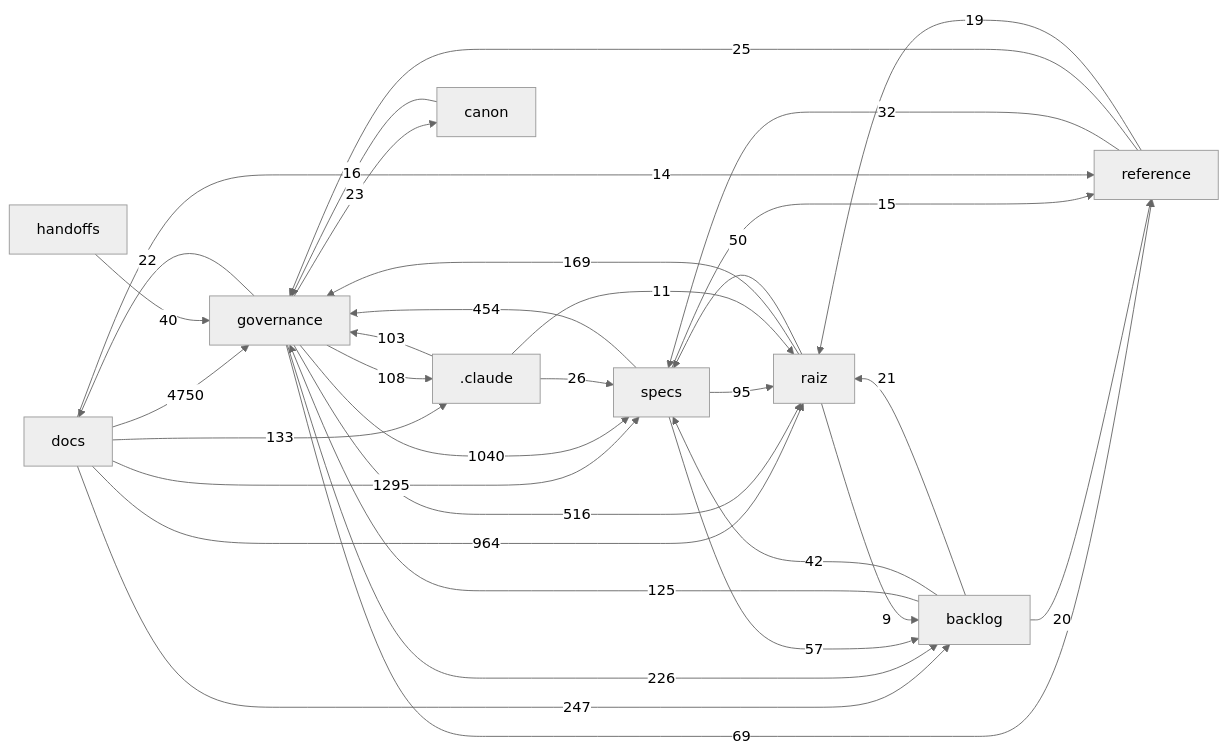
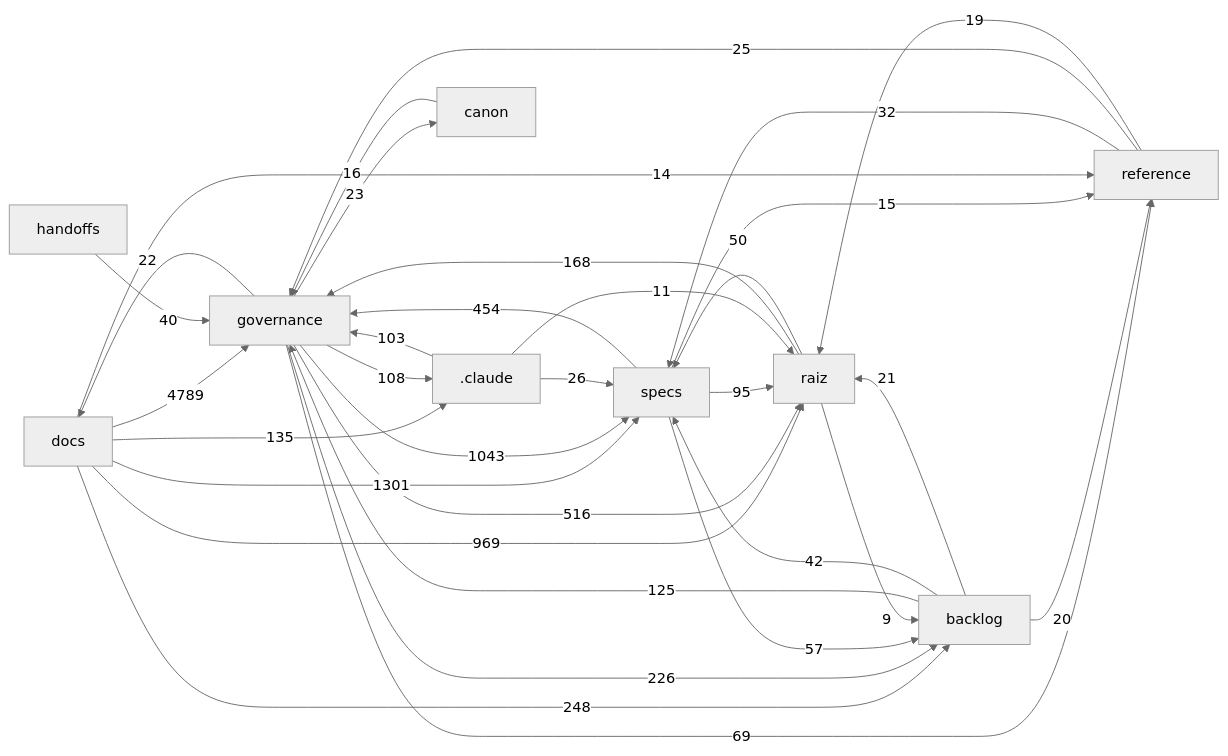
One commit to Andraus35/Sistema-Operacional-de-Trading--SOT changed the diagram in docs/mapa/MAPA-PROJETO.md. Above: the diagram before and after it, drawn with Mermaid (neutral theme). The commit also changed other lines of this file and 4 other files, not shown here.

````diff
--- a/docs/mapa/MAPA-PROJETO.md
+++ b/docs/mapa/MAPA-PROJETO.md
@@ -30,35 +30,35 @@
 ```mermaid
 flowchart LR
-  docs["docs"] -->|4750| governance["governance"]
-  docs["docs"] -->|1295| specs["specs"]
-  governance["governance"] -->|1040| specs["specs"]
-  docs["docs"] -->|964| raiz["raiz"]
+  docs["docs"] -->|4789| governance["governance"]
+  docs["docs"] -->|1301| specs["specs"]
+  governance["governance"] -->|1043| specs["specs"]
+  docs["docs"] -->|969| raiz["raiz"]
   governance["governance"] -->|516| raiz["raiz"]
   specs["specs"] -->|454| governance["governance"]
-  docs["docs"] -->|247| backlog["backlog"]
+  docs["docs"] -->|248| backlog["backlog"]
   governance["governance"] -->|226| backlog["backlog"]
-  raiz["raiz"] -->|169| governance["governance"]
-  docs["docs"] -->|133| _claude[".claude"]
+  raiz["raiz"] -->|168| governance["governance"]
+  docs["docs"] -->|135| _claude[".claude"]
   backlog["backlog"] -->|125| governance["governance"]
   governance["governance"] -->|108| _claude[".claude"]
   _claude[".claude"] -->|103| governance["governance"]
   specs["specs"] -->|95| raiz["raiz"]
   governance["governance"] -->|69| reference["reference"]
   specs["specs"] -->|57| backlog["backlog"]
   raiz["raiz"] -->|50| specs["specs"]
   backlog["backlog"] -->|42| specs["specs"]
   handoffs["handoffs"] -->|40| governance["governance"]
   reference["reference"] -->|32| specs["specs"]
   _claude[".claude"] -->|26| specs["specs"]
   reference["reference"] -->|25| governance["governance"]
   governance["governance"] -->|23| canon["canon"]
   governance["governance"] -->|22| docs["docs"]
   backlog["backlog"] -->|21| raiz["raiz"]
   backlog["backlog"] -->|20| reference["reference"]
   reference["reference"] -->|19| raiz["raiz"]
   canon["canon"] -->|16| governance["governance"]
   specs["specs"] -->|15| reference["reference"]
   docs["docs"] -->|14| reference["reference"]
   _claude[".claude"] -->|11| raiz["raiz"]
   raiz["raiz"] -->|9| backlog["backlog"]
 ```
````
